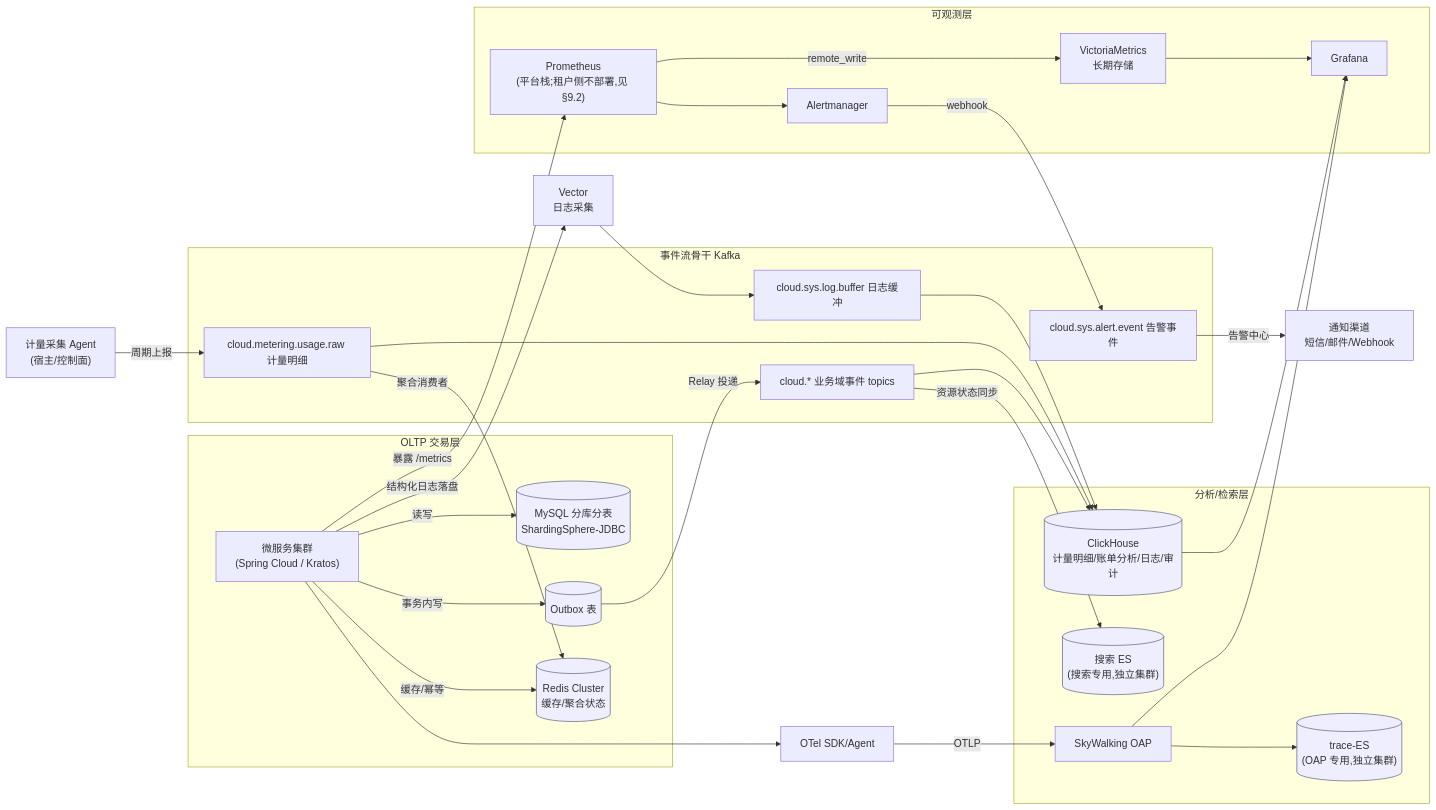
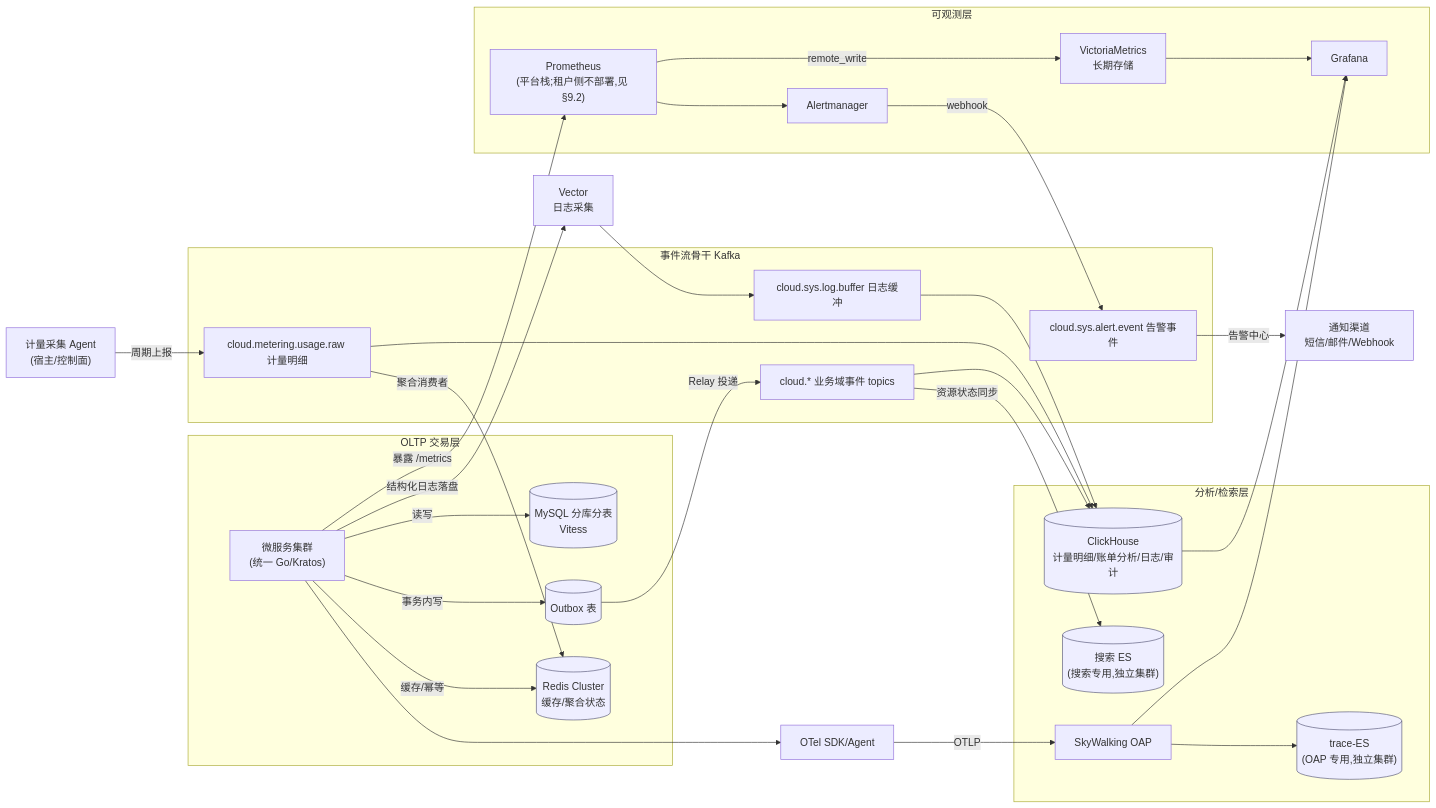
One commit to qifalab/euler-platform changed the first of 9 diagrams in docs/architecture/05-data-observability.md. Above: the diagram before and after it, drawn with Mermaid. The commit also changed other lines of this file and 318 other files, not shown here.

````diff
--- a/docs/architecture/05-data-observability.md
+++ b/docs/architecture/05-data-observability.md
@@ -58,61 +58,61 @@
 ```mermaid
 flowchart LR
     subgraph OLTP["OLTP 交易层"]
-        MS["微服务集群<br/>(Spring Cloud / Kratos)"]
-        MY[("MySQL 分库分表<br/>ShardingSphere-JDBC")]
+        MS["微服务集群<br/>(统一 Go/Kratos)"]
+        MY[("MySQL 分库分表<br/>Vitess")]
         OB[("Outbox 表")]
         RD[("Redis Cluster<br/>缓存/聚合状态")]
     end
 
     subgraph STREAM["事件流骨干 Kafka"]
         T1["cloud.* 业务域事件 topics"]
         T2["cloud.metering.usage.raw 计量明细"]
         T3["cloud.sys.log.buffer 日志缓冲"]
         T4["cloud.sys.alert.event 告警事件"]
     end
 
     subgraph ANALYTIC["分析/检索层"]
         CK[("ClickHouse<br/>计量明细/账单分析/日志/审计")]
         SES[("搜索 ES<br/>(搜索专用,独立集群)")]
         TES[("trace-ES<br/>(OAP 专用,独立集群)")]
         SW["SkyWalking OAP"]
     end
 
     subgraph OBS["可观测层"]
         PROM["Prometheus<br/>(平台栈;租户侧不部署,见 §9.2)"]
         VM["VictoriaMetrics<br/>长期存储"]
         GF["Grafana"]
         AM["Alertmanager"]
     end
 
     AGENT["计量采集 Agent<br/>(宿主/控制面)"]
     VECTOR["Vector<br/>日志采集"]
     OTEL["OTel SDK/Agent"]
 
     MS -->|读写| MY
     MS -->|缓存/幂等| RD
     MS -->|事务内写| OB
     OB -->|Relay 投递| T1
     AGENT -->|周期上报| T2
     MS -->|结构化日志落盘| VECTOR
     VECTOR --> T3
     T1 --> CK
     T1 -->|资源状态同步| SES
     T2 -->|聚合消费者| RD
     T2 --> CK
     T3 --> CK
     PROM -->|remote_write| VM
     PROM --> AM
     MS -->|暴露 /metrics| PROM
     MS --> OTEL
     OTEL -->|OTLP| SW
     SW --> TES
     VM --> GF
     SW --> GF
     CK --> GF
     AM -->|webhook| T4
     T4 -->|告警中心| NOTIFY["通知渠道<br/>短信/邮件/Webhook"]
 
     classDef store fill:#eef,stroke:#557;
     class MY,RD,CK,SES,TES,OB store;
 ```
````
